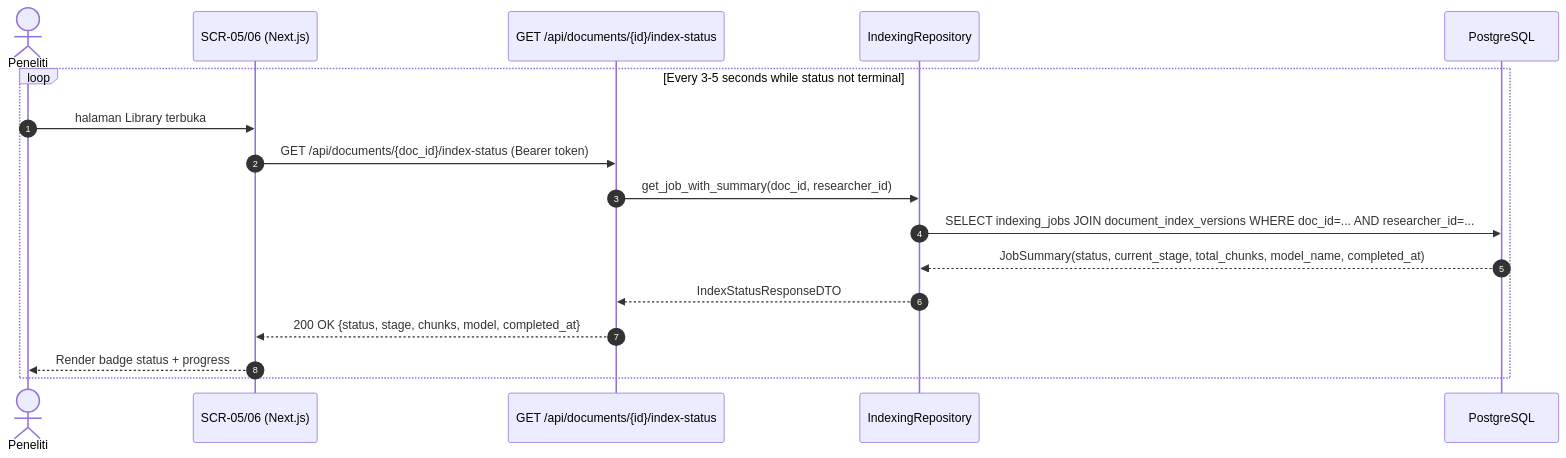
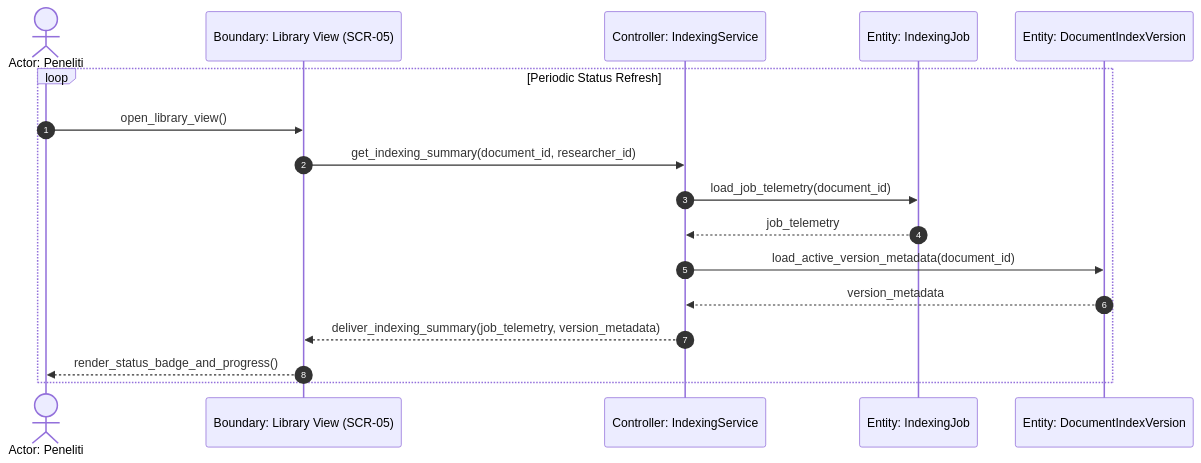
One commit to Gzaa19/Telaah changed the sixth of 10 diagrams in specs/003-document-indexing-embedding/plan.md. Above: the diagram before and after it, drawn with Mermaid. The commit also changed other lines of this file and 17 other files, not shown here.

````diff
--- a/specs/003-document-indexing-embedding/plan.md
+++ b/specs/003-document-indexing-embedding/plan.md
@@ -422,20 +534,20 @@
 ```mermaid
 sequenceDiagram
     autonumber
-    actor Researcher as Peneliti
-    participant UI as SCR-05/06 (Next.js)
-    participant Router as GET /api/documents/{id}/index-status
-    participant Repo as IndexingRepository
-    participant DB as PostgreSQL
+    actor Peneliti as Actor: Peneliti
+    participant LibraryUI as Boundary: Library View (SCR-05)
+    participant IService as Controller: IndexingService
+    participant IndexJob as Entity: IndexingJob
+    participant IndexVersion as Entity: DocumentIndexVersion
 
-    loop Every 3-5 seconds while status not terminal
-        Researcher->>UI: halaman Library terbuka
-        UI->>Router: GET /api/documents/{doc_id}/index-status (Bearer token)
-        Router->>Repo: get_job_with_summary(doc_id, researcher_id)
-        Repo->>DB: SELECT indexing_jobs JOIN document_index_versions WHERE doc_id=... AND researcher_id=...
-        DB-->>Repo: JobSummary(status, current_stage, total_chunks, model_name, completed_at)
-        Repo-->>Router: IndexStatusResponseDTO
-        Router-->>UI: 200 OK {status, stage, chunks, model, completed_at}
-        UI-->>Researcher: Render badge status + progress
+    loop Periodic Status Refresh
+        Peneliti->>LibraryUI: open_library_view()
+        LibraryUI->>IService: get_indexing_summary(document_id, researcher_id)
+        IService->>IndexJob: load_job_telemetry(document_id)
+        IndexJob-->>IService: job_telemetry
+        IService->>IndexVersion: load_active_version_metadata(document_id)
+        IndexVersion-->>IService: version_metadata
+        IService-->>LibraryUI: deliver_indexing_summary(job_telemetry, version_metadata)
+        LibraryUI-->>Peneliti: render_status_badge_and_progress()
     end
 ```
````
